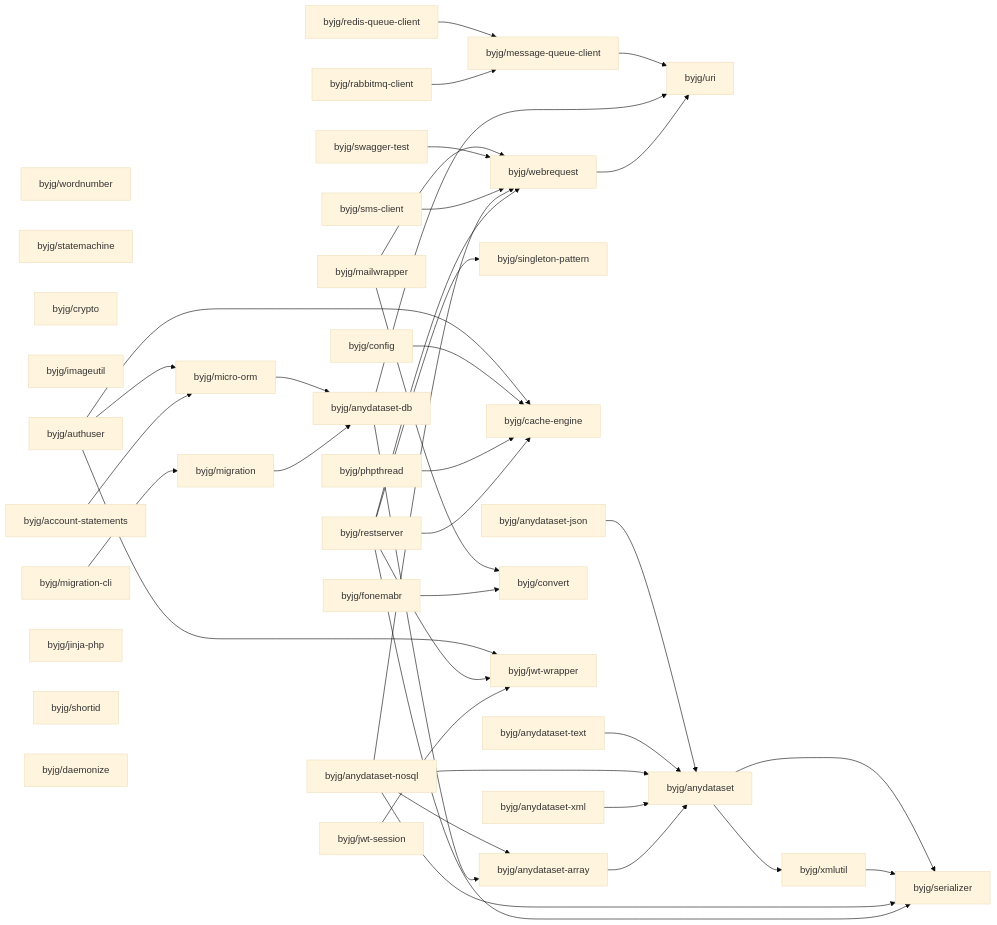
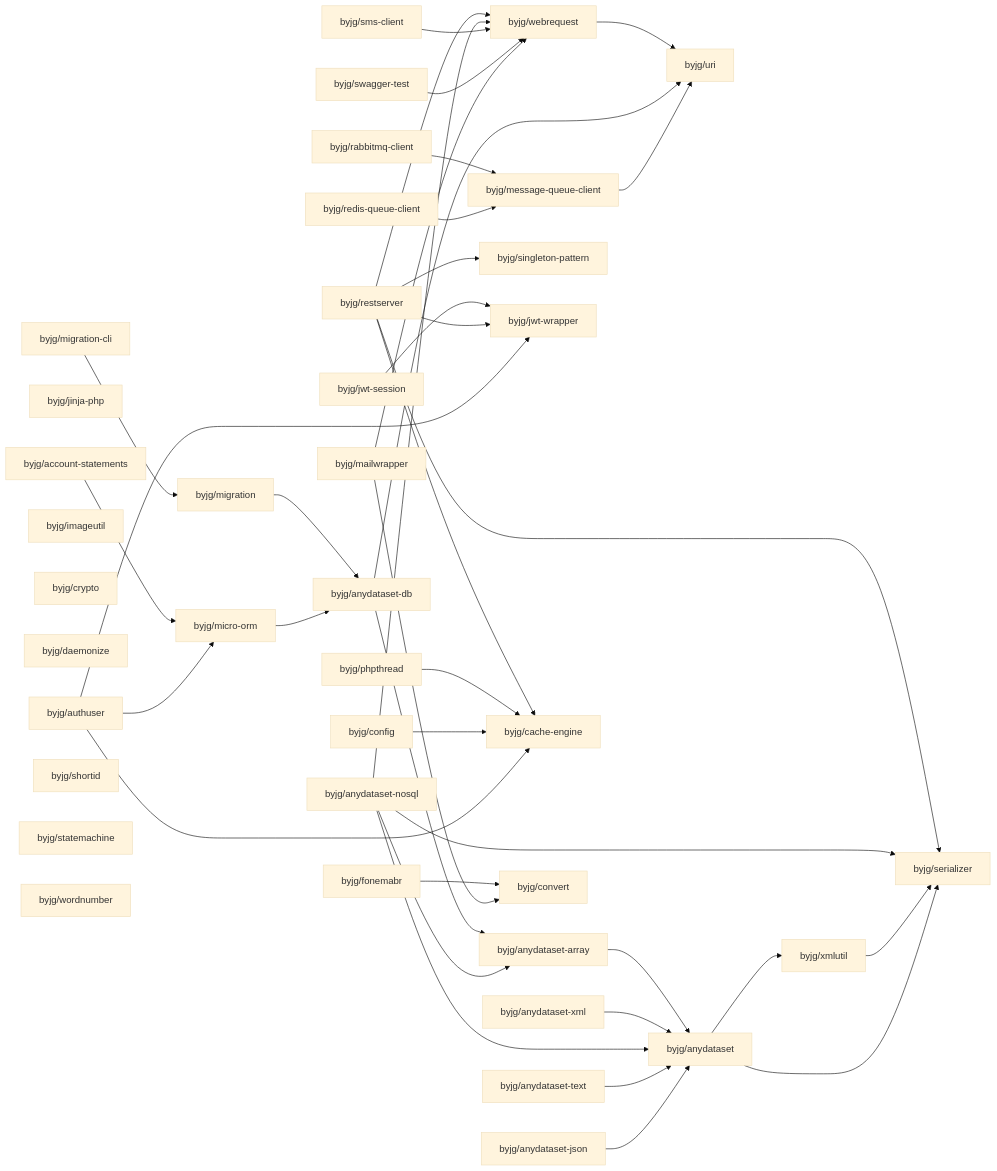
One commit to byjg/byjg.github.io changed the diagram in docs/php/README.md. Above: the diagram before and after it, drawn with Mermaid (base theme). The commit also changed other lines of this file and 1 other file, not shown here.

Commit message:
Update documentation 'php' 'php-fonemabr'

````diff
--- a/docs/php/README.md
+++ b/docs/php/README.md
@@ -3,78 +3,78 @@
 ```mermaid
 graph LR;
-  byjg/wordnumber;
+  byjg/anydataset-xml;
+  byjg/account-statements;
+  byjg/jwt-session;
+  byjg/jinja-php;
+  byjg/migration-cli;
+  byjg/imageutil;
+  byjg/anydataset-text;
+  byjg/crypto;
+  byjg/phpthread;
+  byjg/anydataset-json;
+  byjg/rabbitmq-client;
+  byjg/anydataset-nosql;
+  byjg/restserver;
+  byjg/daemonize;
+  byjg/authuser;
+  byjg/shortid;
   byjg/statemachine;
   byjg/redis-queue-client;
-  byjg/crypto;
-  byjg/phpthread;
-  byjg/imageutil;
-  byjg/restserver;
-  byjg/anydataset-xml;
+  byjg/sms-client;
   byjg/swagger-test;
-  byjg/authuser;
   byjg/config;
+  byjg/wordnumber;
   byjg/mailwrapper;
-  byjg/migration-cli;
-  byjg/rabbitmq-client;
-  byjg/sms-client;
   byjg/fonemabr;
-  byjg/anydataset-text;
-  byjg/jwt-session;
-  byjg/account-statements;
-  byjg/jinja-php;
-  byjg/anydataset-json;
-  byjg/anydataset-nosql;
-  byjg/shortid;
-  byjg/daemonize;
+  byjg/migration;
   byjg/singleton-pattern;
+  byjg/micro-orm;
+  byjg/jwt-wrapper;
+  byjg/message-queue-client;
   byjg/cache-engine;
-  byjg/migration;
-  byjg/message-queue-client;
+  byjg/webrequest;
   byjg/convert;
-  byjg/jwt-wrapper;
-  byjg/micro-orm;
-  byjg/webrequest;
   byjg/anydataset-db;
   byjg/anydataset-array;
   byjg/uri;
   byjg/anydataset;
   byjg/xmlutil;
   byjg/serializer;
   byjg/account-statements --> byjg/micro-orm;
   byjg/fonemabr --> byjg/convert;
   byjg/webrequest --> byjg/uri;
   byjg/anydataset-array --> byjg/anydataset;
   byjg/anydataset-xml --> byjg/anydataset;
   byjg/rabbitmq-client --> byjg/message-queue-client;
   byjg/redis-queue-client --> byjg/message-queue-client;
   byjg/jwt-session --> byjg/jwt-wrapper;
   byjg/anydataset-db --> byjg/anydataset-array;
   byjg/anydataset-db --> byjg/uri;
   byjg/restserver --> byjg/serializer;
   byjg/restserver --> byjg/singleton-pattern;
   byjg/restserver --> byjg/cache-engine;
   byjg/restserver --> byjg/webrequest;
   byjg/restserver --> byjg/jwt-wrapper;
   byjg/migration --> byjg/anydataset-db;
   byjg/anydataset-nosql --> byjg/anydataset;
   byjg/anydataset-nosql --> byjg/anydataset-array;
   byjg/anydataset-nosql --> byjg/serializer;
   byjg/anydataset-nosql --> byjg/webrequest;
   byjg/phpthread --> byjg/cache-engine;
   byjg/sms-client --> byjg/webrequest;
   byjg/swagger-test --> byjg/webrequest;
   byjg/migration-cli --> byjg/migration;
   byjg/config --> byjg/cache-engine;
   byjg/anydataset-text --> byjg/anydataset;
   byjg/micro-orm --> byjg/anydataset-db;
   byjg/authuser --> byjg/micro-orm;
   byjg/authuser --> byjg/cache-engine;
   byjg/authuser --> byjg/jwt-wrapper;
   byjg/anydataset-json --> byjg/anydataset;
   byjg/mailwrapper --> byjg/convert;
   byjg/mailwrapper --> byjg/webrequest;
   byjg/xmlutil --> byjg/serializer;
   byjg/anydataset --> byjg/serializer;
   byjg/anydataset --> byjg/xmlutil;
   byjg/message-queue-client --> byjg/uri;
 ```
````
